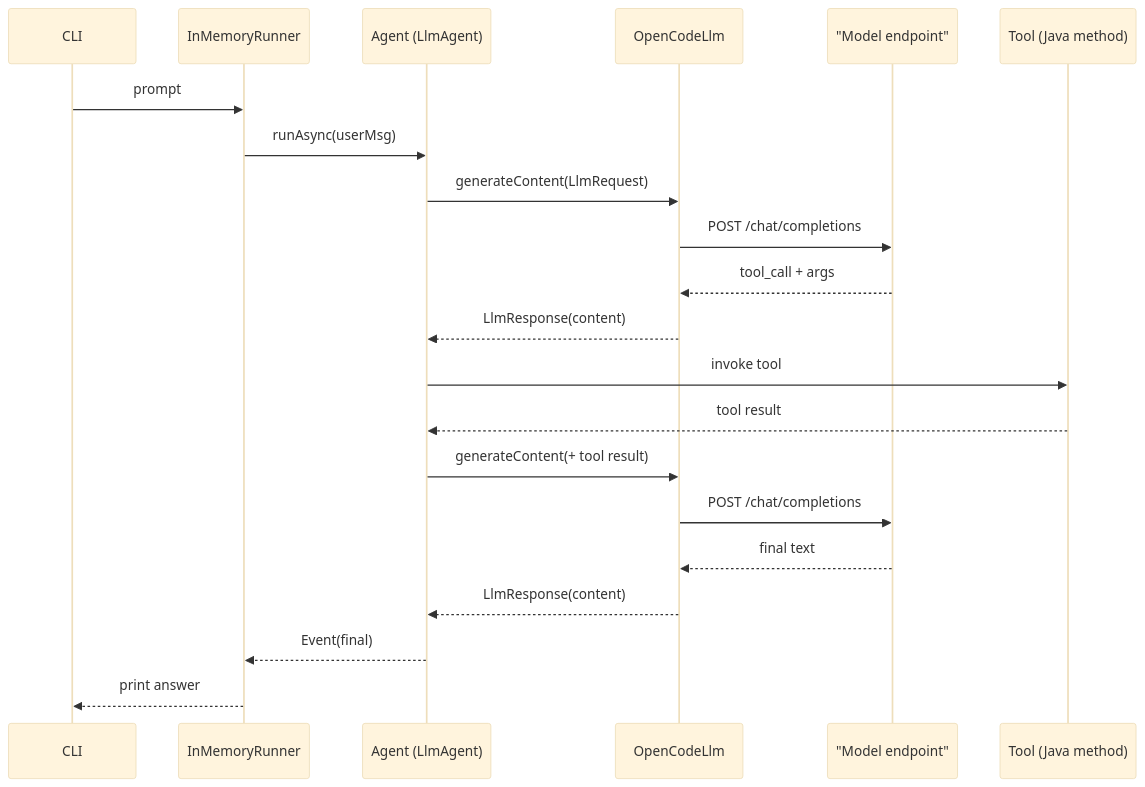
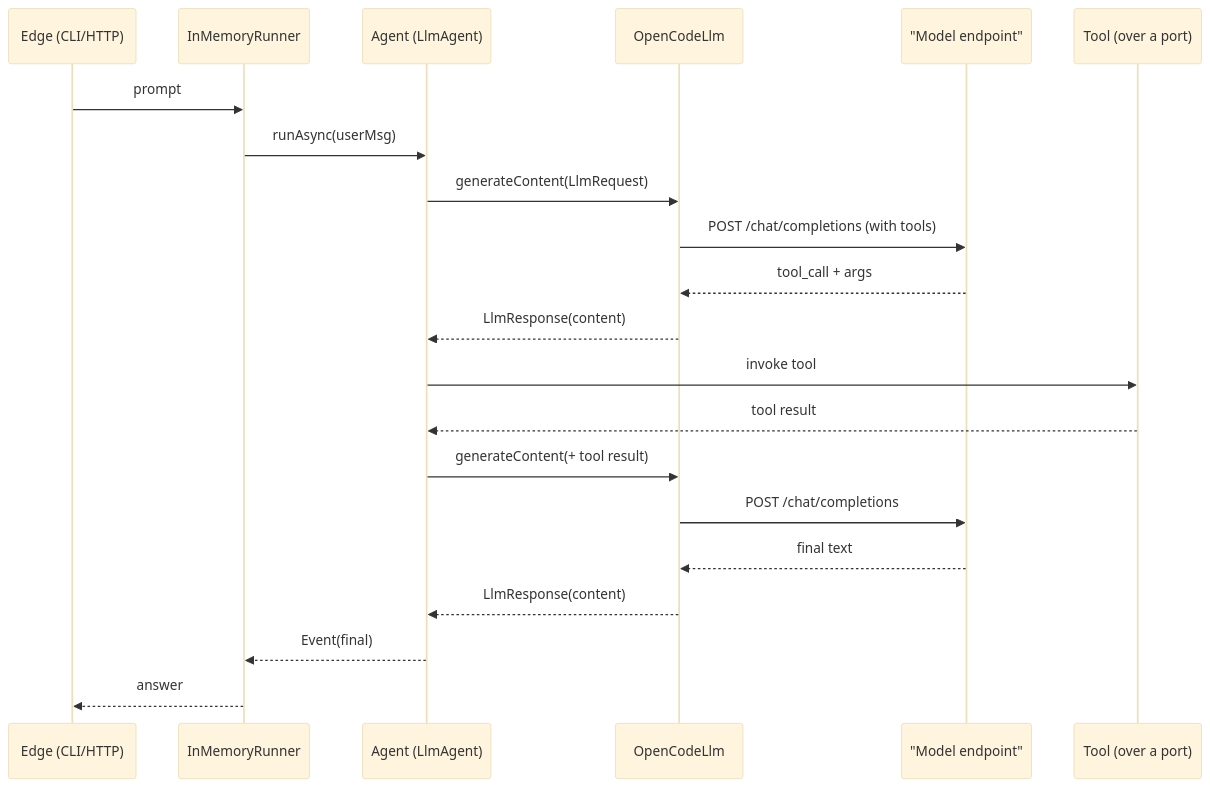
The second of 2 diagrams in README.md (thanhdoancong127/adk-playground), drawn with Mermaid (base theme) before and after one commit. The commit also changed other lines of this file and 12 other files, not shown here.

First line of the commit message:
docs: redefine vision/roadmap/architecture/tech + ADR-0003/0004

````diff
--- a/README.md
+++ b/README.md
@@ -115,24 +102,24 @@
 ```mermaid
 sequenceDiagram
-    participant U as CLI
+    participant U as Edge (CLI/HTTP)
     participant R as InMemoryRunner
     participant A as Agent (LlmAgent)
     participant L as OpenCodeLlm
     participant M as "Model endpoint"
-    participant T as Tool (Java method)
+    participant T as Tool (over a port)
 
     U->>R: prompt
     R->>A: runAsync(userMsg)
     A->>L: generateContent(LlmRequest)
-    L->>M: POST /chat/completions
+    L->>M: POST /chat/completions (with tools)
     M-->>L: tool_call + args
     L-->>A: LlmResponse(content)
     A->>T: invoke tool
     T-->>A: tool result
     A->>L: generateContent(+ tool result)
     L->>M: POST /chat/completions
     M-->>L: final text
     L-->>A: LlmResponse(content)
     A-->>R: Event(final)
-    R-->>U: print answer
+    R-->>U: answer
 ```
````
